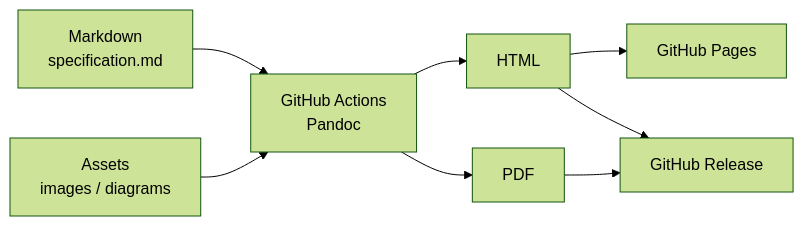
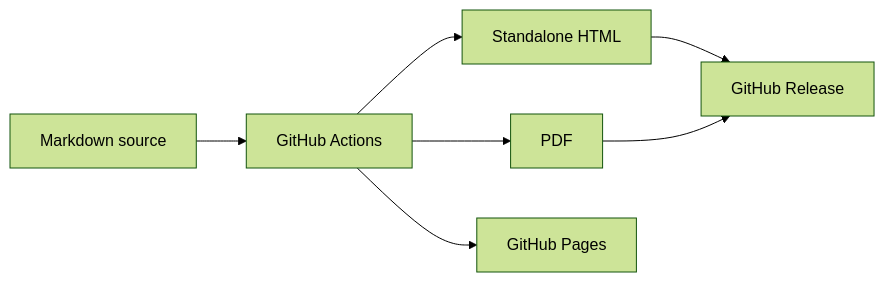
The diagram in docs/specification.md (GregBayrol/Test-Doc-Project), drawn with Mermaid (forest theme) before and after one commit. The commit also changed other lines of this file and 8 other files, not shown here.

````diff
--- a/docs/specification.md
+++ b/docs/specification.md
@@ -44,18 +21,9 @@
 ```mermaid
 flowchart LR
-    MD["Markdown<br/>specification.md"]
-    ASSETS["Assets<br/>images / diagrams"]
-    BUILD["GitHub Actions<br/>Pandoc"]
-    HTML["HTML"]
-    PDF["PDF"]
-    PAGES["GitHub Pages"]
-    RELEASE["GitHub Release"]
-
-    MD --> BUILD
-    ASSETS --> BUILD
-    BUILD --> HTML
-    BUILD --> PDF
-    HTML --> PAGES
-    HTML --> RELEASE
-    PDF --> RELEASE
+    A[Markdown source] --> B[GitHub Actions]
+    B --> C[Standalone HTML]
+    B --> D[PDF]
+    B --> E[GitHub Pages]
+    C --> F[GitHub Release]
+    D --> F
 ```
````
